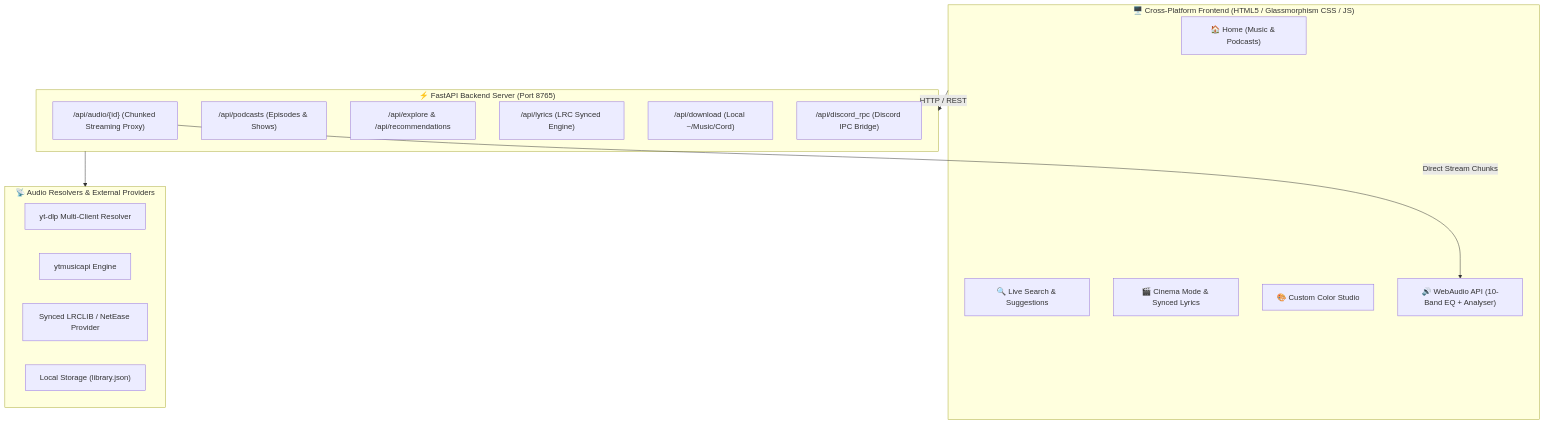
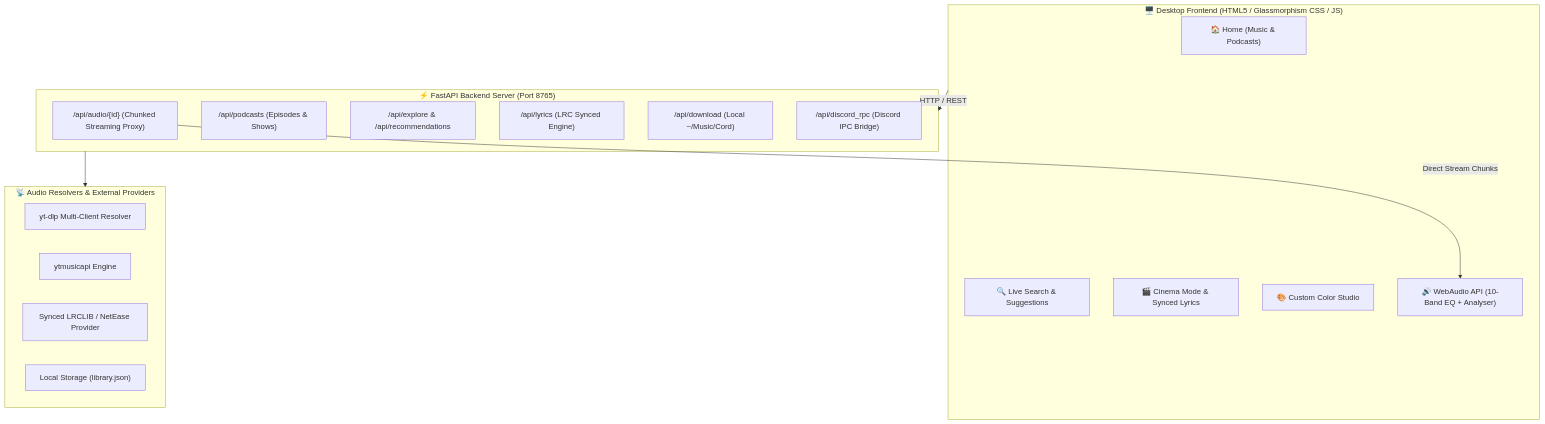
One commit to himanshu-xyz-1/Cord-player changed the diagram in README.md. Above: the diagram before and after it, drawn with Mermaid. The commit also changed other lines of this file and 20 other files, not shown here.

````diff
--- a/README.md
+++ b/README.md
@@ -209,30 +170,30 @@
 ```mermaid
 flowchart TD
-    subgraph UI ["🖥️ Cross-Platform Frontend (HTML5 / Glassmorphism CSS / JS)"]
+    subgraph UI ["🖥️ Desktop Frontend (HTML5 / Glassmorphism CSS / JS)"]
         UI_Home["🏠 Home (Music & Podcasts)"]
         UI_Search["🔍 Live Search & Suggestions"]
         UI_Cinema["🎬 Cinema Mode & Synced Lyrics"]
         UI_Studio["🎨 Custom Color Studio"]
         UI_WebAudio["🔊 WebAudio API (10-Band EQ + Analyser)"]
     end
 
     subgraph Backend ["⚡ FastAPI Backend Server (Port 8765)"]
         API_Audio["/api/audio/{id} (Chunked Streaming Proxy)"]
         API_Podcasts["/api/podcasts (Episodes & Shows)"]
         API_Explore["/api/explore & /api/recommendations"]
         API_Lyrics["/api/lyrics (LRC Synced Engine)"]
         API_Download["/api/download (Local ~/Music/Cord)"]
         API_RPC["/api/discord_rpc (Discord IPC Bridge)"]
     end
 
     subgraph Core ["📡 Audio Resolvers & External Providers"]
         YTDLP["yt-dlp Multi-Client Resolver"]
         YTM["ytmusicapi Engine"]
         LRC["Synced LRCLIB / NetEase Provider"]
         DISK["Local Storage (library.json)"]
     end
 
     UI -->|HTTP / REST| Backend
     Backend --> Core
     API_Audio -->|Direct Stream Chunks| UI_WebAudio
 ```
````
